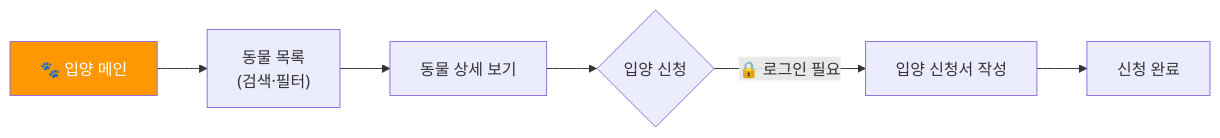
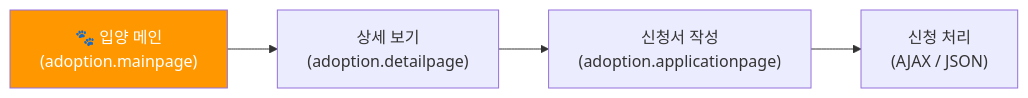
One commit to KJH-Portfolio/202511-stray-dog-volunteer changed the second of 3 diagrams in ia.md. Above: the diagram before and after it, drawn with Mermaid. The commit also changed other lines of this file and 5 other files, not shown here.

````diff
--- a/ia.md
+++ b/ia.md
@@ -45,10 +43,8 @@
 ```mermaid
 graph LR
-    SUB_A["🐾 입양 메인"] --> A1["동물 목록\n(검색·필터)"]
-    A1 --> A2["동물 상세 보기"]
-    A2 --> A3{입양 신청}
-    A3 -->|"🔒 로그인 필요"| A4["입양 신청서 작성"]
-    A4 --> A5["신청 완료"]
+    A_MAIN["🐾 입양 메인<br/>(adoption.mainpage)"] --> A_DETAIL["상세 보기<br/>(adoption.detailpage)"]
+    A_DETAIL --> A_FORM["신청서 작성<br/>(adoption.applicationpage)"]
+    A_FORM --> A_SUBMIT["신청 처리<br/>(AJAX / JSON)"]
     
-    style SUB_A fill:#FF9800,color:#fff
+    style A_MAIN fill:#FF9800,color:#fff
 ```
````
